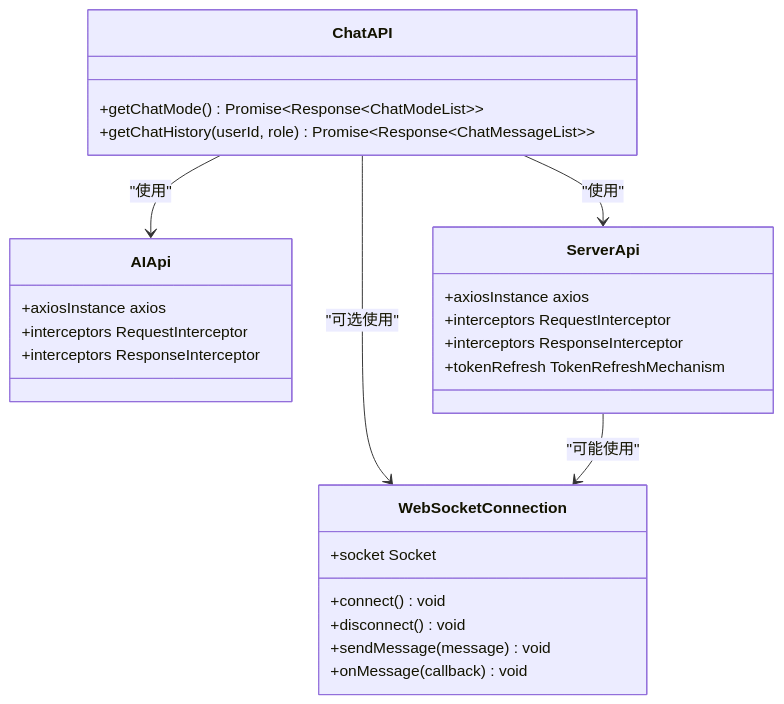
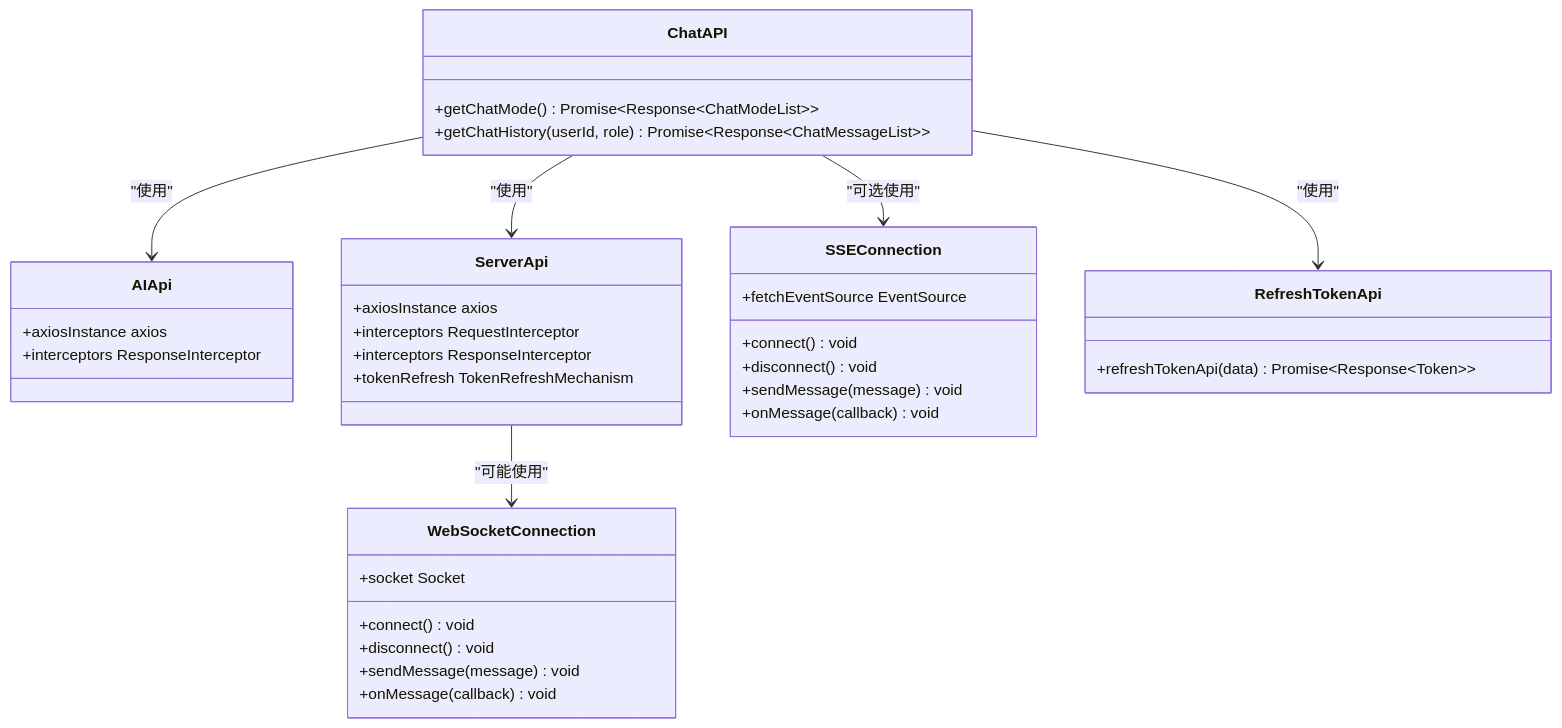
One commit to LihaoZDB/English-Study changed the third of 5 diagrams in .qoder/repowiki/zh/content/聊天管理模块.md. Above: the diagram before and after it, drawn with Mermaid. The commit also changed other lines of this file and 5 other files, not shown here.

````diff
--- a/.qoder/repowiki/zh/content/聊天管理模块.md
+++ b/.qoder/repowiki/zh/content/聊天管理模块.md
@@ -145,29 +191,39 @@
 ```mermaid
 classDiagram
 class ChatAPI {
 +getChatMode() Promise~Response~ChatModeList~~
 +getChatHistory(userId, role) Promise~Response~ChatMessageList~~
 }
 class AIApi {
 +axiosInstance axios
-+interceptors RequestInterceptor
 +interceptors ResponseInterceptor
 }
 class ServerApi {
 +axiosInstance axios
 +interceptors RequestInterceptor
 +interceptors ResponseInterceptor
 +tokenRefresh TokenRefreshMechanism
+}
+class SSEConnection {
++fetchEventSource EventSource
++connect() void
++disconnect() void
++sendMessage(message) void
++onMessage(callback) void
+}
+class RefreshTokenApi {
++refreshTokenApi(data) Promise~Response~Token~~
 }
 class WebSocketConnection {
 +socket Socket
 +connect() void
 +disconnect() void
 +sendMessage(message) void
 +onMessage(callback) void
 }
 ChatAPI --> AIApi : "使用"
 ChatAPI --> ServerApi : "使用"
-ChatAPI --> WebSocketConnection : "可选使用"
+ChatAPI --> SSEConnection : "可选使用"
+ChatAPI --> RefreshTokenApi : "使用"
 ServerApi --> WebSocketConnection : "可能使用"
 ```
````
